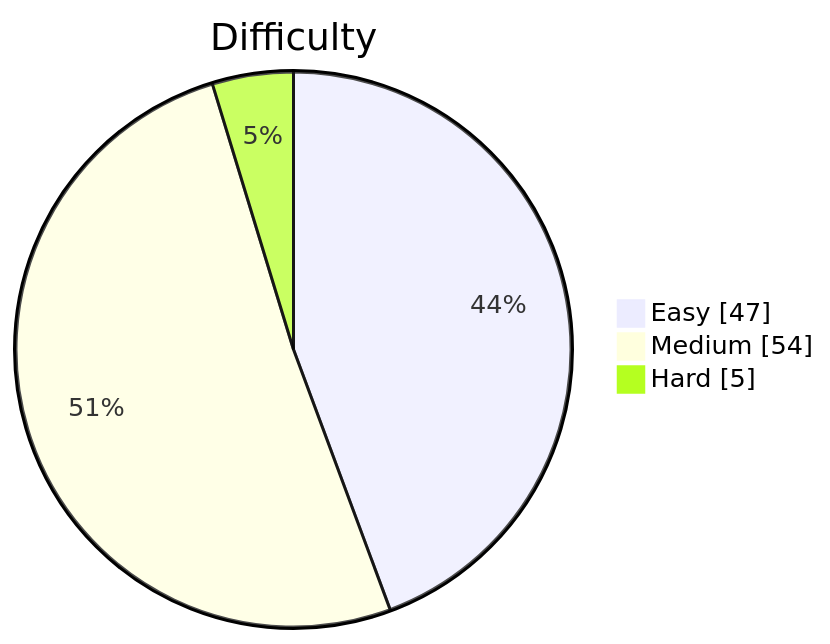
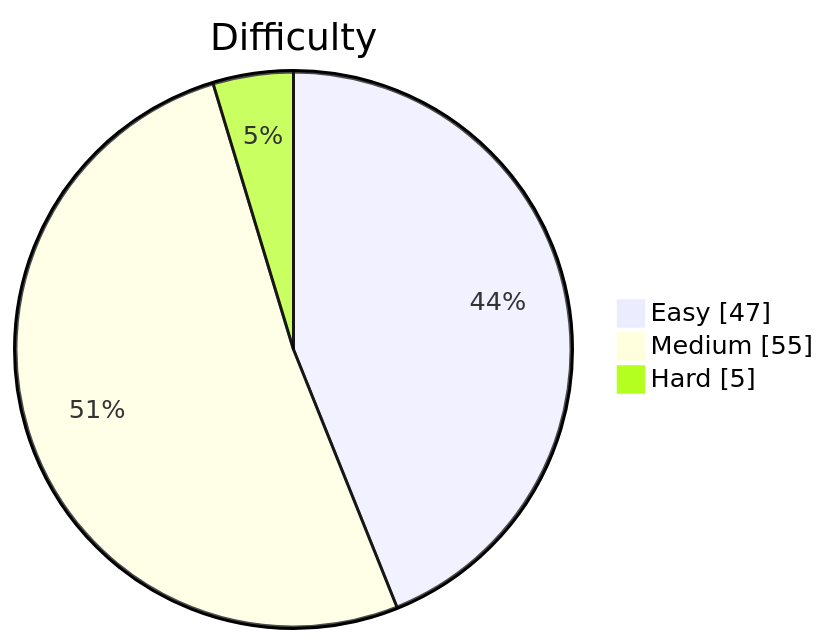
Before and after one commit to kevstevie/python-algo-practice: the diagram in README.md, drawn with Mermaid. The commit also changed other lines of this file, not shown here.

````diff
--- a/README.md
+++ b/README.md
@@ -13,7 +13,7 @@
 ```mermaid
 pie showData
     title Difficulty
     "Easy"   : 47
-    "Medium" : 54
+    "Medium" : 55
     "Hard"   : 5
 ```
````
